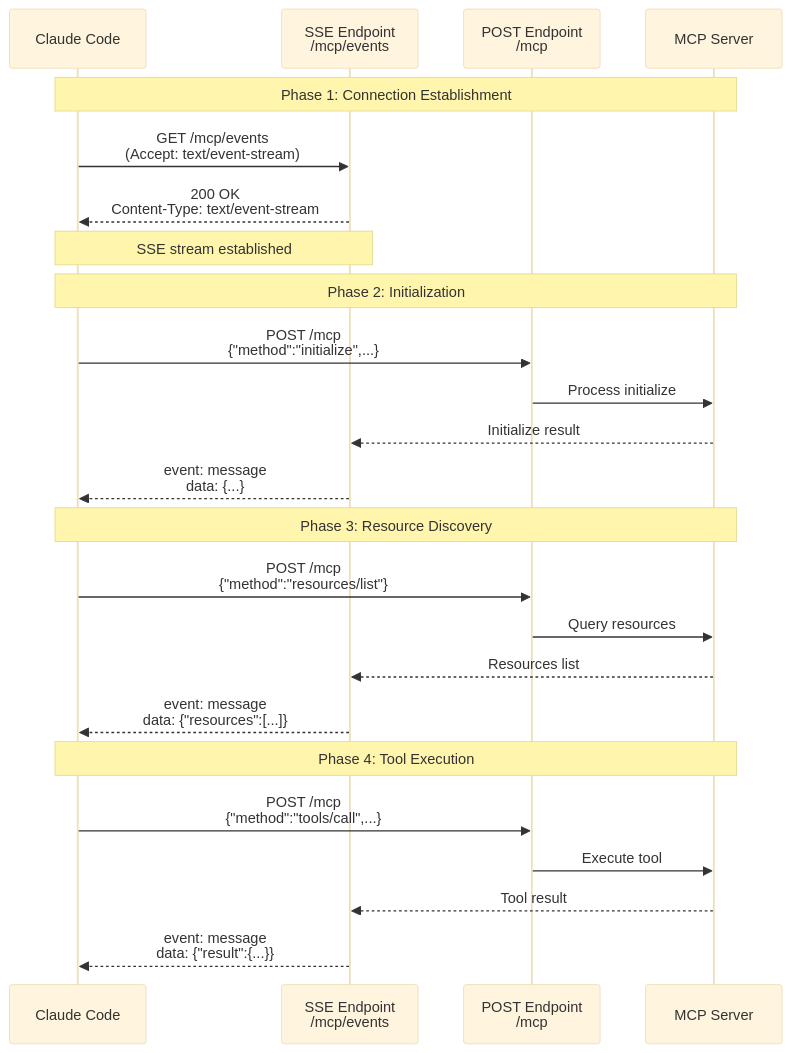
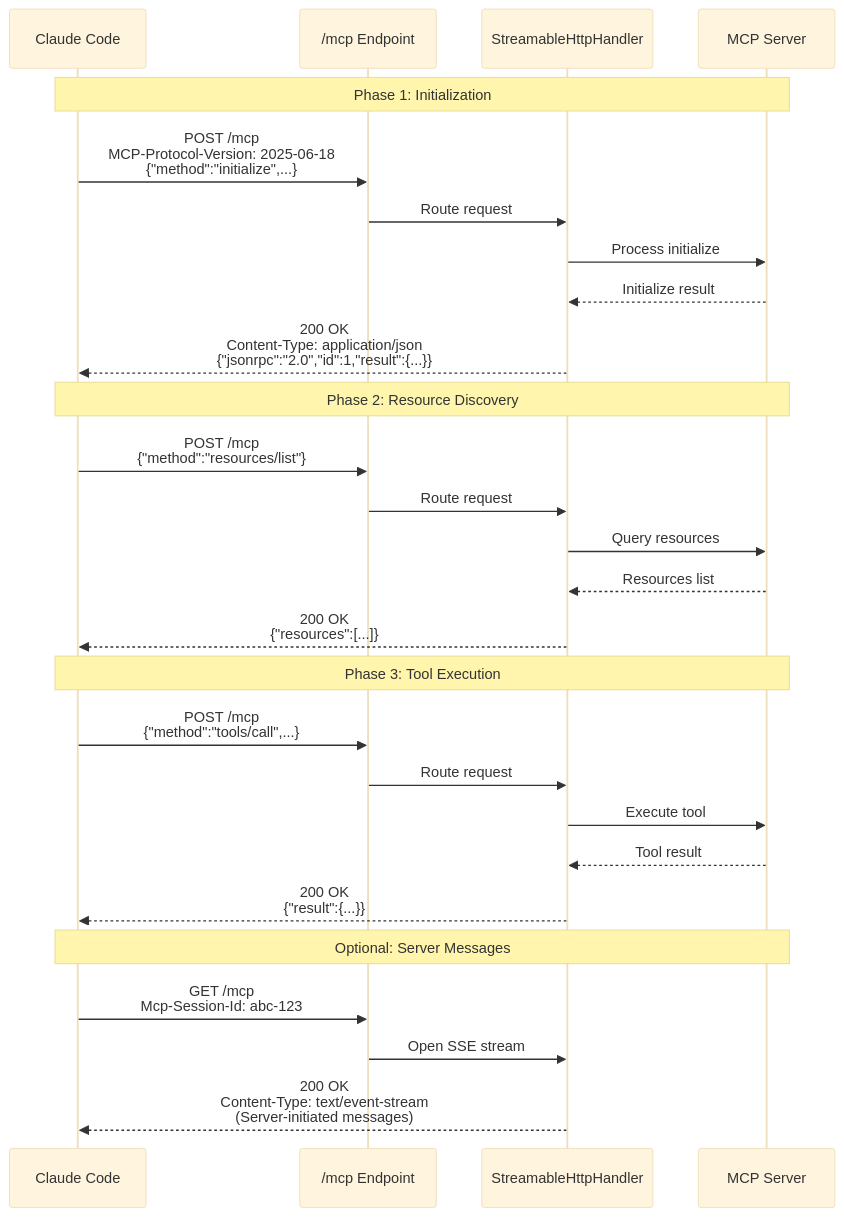
One commit to spiralhouse/cycletime changed the second of 3 diagrams in docs/concepts/mcp/mcp-protocol-concepts.md. Above: the diagram before and after it, drawn with Mermaid (base theme). The commit also changed other lines of this file and 8 other files, not shown here.

First line of the commit message:
docs: update all SSE transport references to Streamable HTTP (SPI-763)

````diff
--- a/docs/concepts/mcp/mcp-protocol-concepts.md
+++ b/docs/concepts/mcp/mcp-protocol-concepts.md
@@ -164,30 +154,33 @@
 ```mermaid
 sequenceDiagram
     participant Client as Claude Code
-    participant SSE as SSE Endpoint<br/>/mcp/events
-    participant POST as POST Endpoint<br/>/mcp
+    participant Endpoint as /mcp Endpoint
+    participant Handler as StreamableHttpHandler
     participant Server as MCP Server
 
-    Note over Client,Server: Phase 1: Connection Establishment
-    Client->>SSE: GET /mcp/events<br/>(Accept: text/event-stream)
-    SSE-->>Client: 200 OK<br/>Content-Type: text/event-stream
-    Note over Client,SSE: SSE stream established
+    Note over Client,Server: Phase 1: Initialization
+    Client->>Endpoint: POST /mcp<br/>MCP-Protocol-Version: 2025-06-18<br/>{"method":"initialize",...}
+    Endpoint->>Handler: Route request
+    Handler->>Server: Process initialize
+    Server-->>Handler: Initialize result
+    Handler-->>Client: 200 OK<br/>Content-Type: application/json<br/>{"jsonrpc":"2.0","id":1,"result":{...}}
 
-    Note over Client,Server: Phase 2: Initialization
-    Client->>POST: POST /mcp<br/>{"method":"initialize",...}
-    POST->>Server: Process initialize
-    Server-->>SSE: Initialize result
-    SSE-->>Client: event: message<br/>data: {...}
+    Note over Client,Server: Phase 2: Resource Discovery
+    Client->>Endpoint: POST /mcp<br/>{"method":"resources/list"}
+    Endpoint->>Handler: Route request
+    Handler->>Server: Query resources
+    Server-->>Handler: Resources list
+    Handler-->>Client: 200 OK<br/>{"resources":[...]}
 
-    Note over Client,Server: Phase 3: Resource Discovery
-    Client->>POST: POST /mcp<br/>{"method":"resources/list"}
-    POST->>Server: Query resources
-    Server-->>SSE: Resources list
-    SSE-->>Client: event: message<br/>data: {"resources":[...]}
+    Note over Client,Server: Phase 3: Tool Execution
+    Client->>Endpoint: POST /mcp<br/>{"method":"tools/call",...}
+    Endpoint->>Handler: Route request
+    Handler->>Server: Execute tool
+    Server-->>Handler: Tool result
+    Handler-->>Client: 200 OK<br/>{"result":{...}}
 
-    Note over Client,Server: Phase 4: Tool Execution
-    Client->>POST: POST /mcp<br/>{"method":"tools/call",...}
-    POST->>Server: Execute tool
-    Server-->>SSE: Tool result
-    SSE-->>Client: event: message<br/>data: {"result":{...}}
+    Note over Client,Server: Optional: Server Messages
+    Client->>Endpoint: GET /mcp<br/>Mcp-Session-Id: abc-123
+    Endpoint->>Handler: Open SSE stream
+    Handler-->>Client: 200 OK<br/>Content-Type: text/event-stream<br/>(Server-initiated messages)
 ```
````
